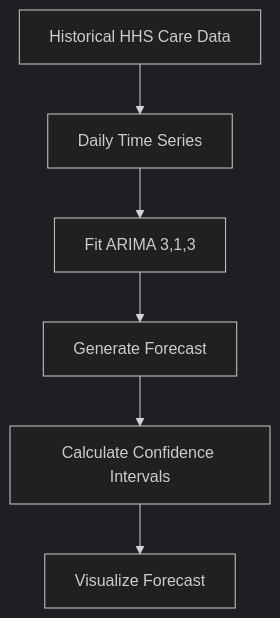
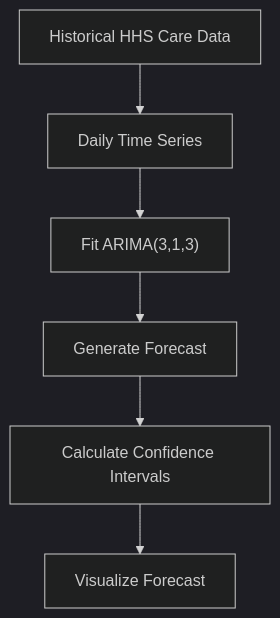
One commit to manmeetmanchanda10016/Care-Transition-Analytics changed the second of 2 diagrams in README.md. Above: the diagram before and after it, drawn with Mermaid (dark theme). The commit also changed other lines of this file, not shown here.

````diff
--- a/README.md
+++ b/README.md
@@ -335,8 +338,8 @@
 ```mermaid
 flowchart TD
-    A[Historical HHS Care Data] --> B[Daily Time Series]
-    B --> C[Fit ARIMA 3,1,3]
-    C --> D[Generate Forecast]
-    D --> E[Calculate Confidence Intervals]
-    E --> F[Visualize Forecast]
+    A["Historical HHS Care Data"] --> B["Daily Time Series"]
+    B --> C["Fit ARIMA(3,1,3)"]
+    C --> D["Generate Forecast"]
+    D --> E["Calculate Confidence Intervals"]
+    E --> F["Visualize Forecast"]
 ```
````
